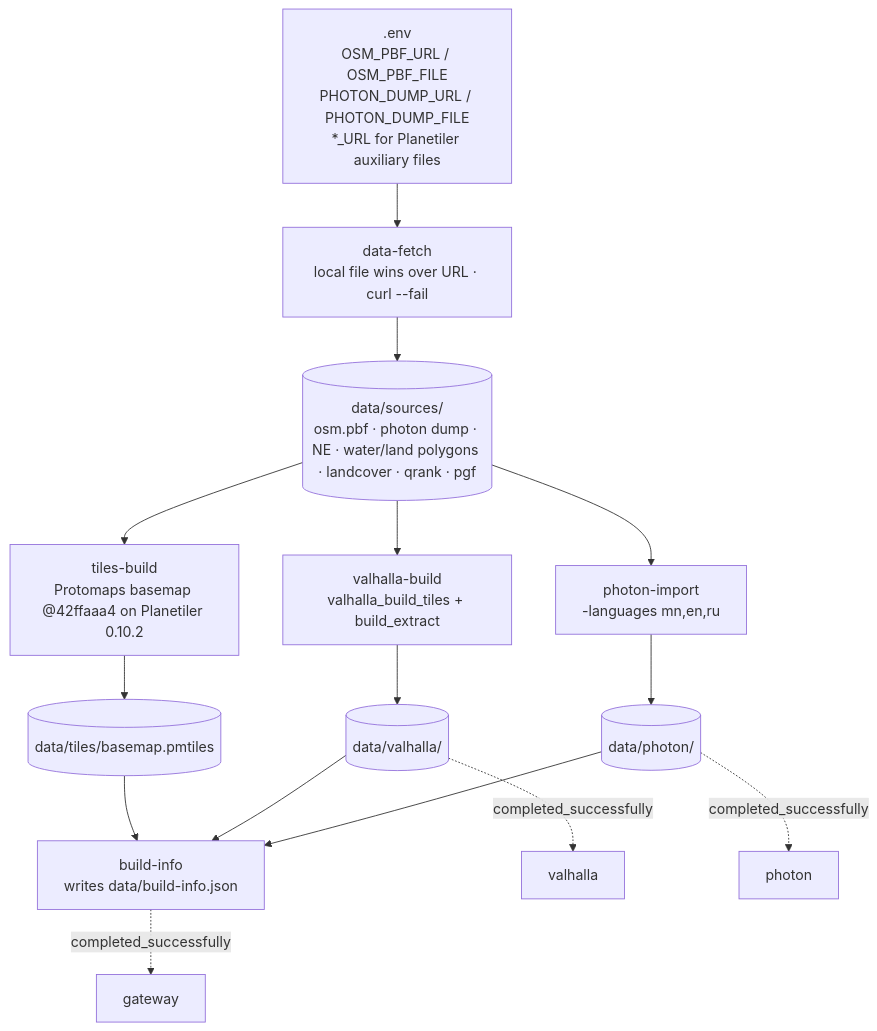
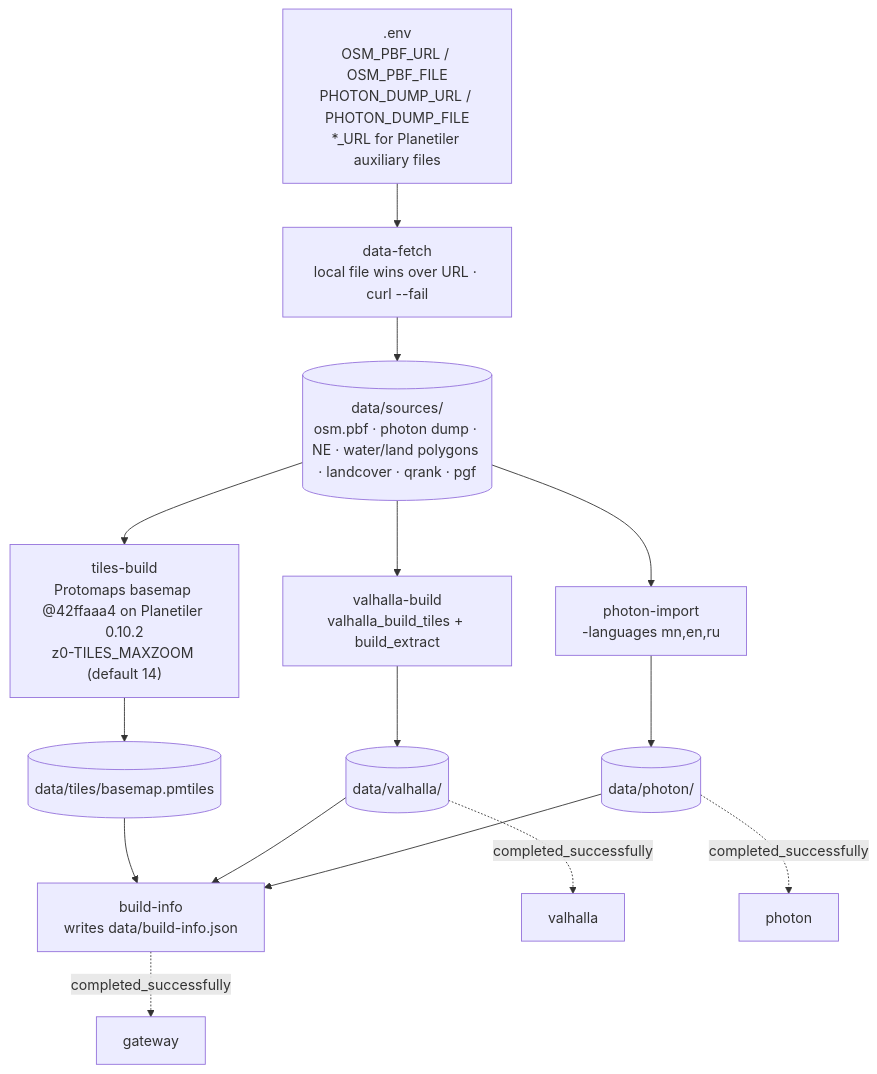
Before and after one commit to Uranbold/test.github.io: the fourth of 5 diagrams in docs/architecture/system-overview.md, drawn with Mermaid. The commit also changed other lines of this file and 35 other files, not shown here.

First line of the commit message:
Fixes round WIP: backend, web, design, requirements and architecture updates (verification pending)

````diff
--- a/docs/architecture/system-overview.md
+++ b/docs/architecture/system-overview.md
@@ -45,17 +99,17 @@
 ```mermaid
 flowchart TD
   ENV[".env<br/>OSM_PBF_URL / OSM_PBF_FILE<br/>PHOTON_DUMP_URL / PHOTON_DUMP_FILE<br/>*_URL for Planetiler auxiliary files"] --> F
   F["data-fetch<br/>local file wins over URL · curl --fail"] --> SRC[("data/sources/<br/>osm.pbf · photon dump · NE · water/land polygons · landcover · qrank · pgf")]
-  SRC --> T["tiles-build<br/>Protomaps basemap @42ffaaa4 on Planetiler 0.10.2"]
+  SRC --> T["tiles-build<br/>Protomaps basemap @42ffaaa4 on Planetiler 0.10.2<br/>z0-TILES_MAXZOOM (default 14)"]
   SRC --> V["valhalla-build<br/>valhalla_build_tiles + build_extract"]
   SRC --> P["photon-import<br/>-languages mn,en,ru"]
   T --> TA[("data/tiles/basemap.pmtiles")]
   V --> VA[("data/valhalla/")]
   P --> PA[("data/photon/")]
   TA --> BI["build-info<br/>writes data/build-info.json"]
   VA --> BI
   PA --> BI
   BI -.->|completed_successfully| GW[gateway]
   VA -.->|completed_successfully| VH[valhalla]
   PA -.->|completed_successfully| PH[photon]
 ```
````
